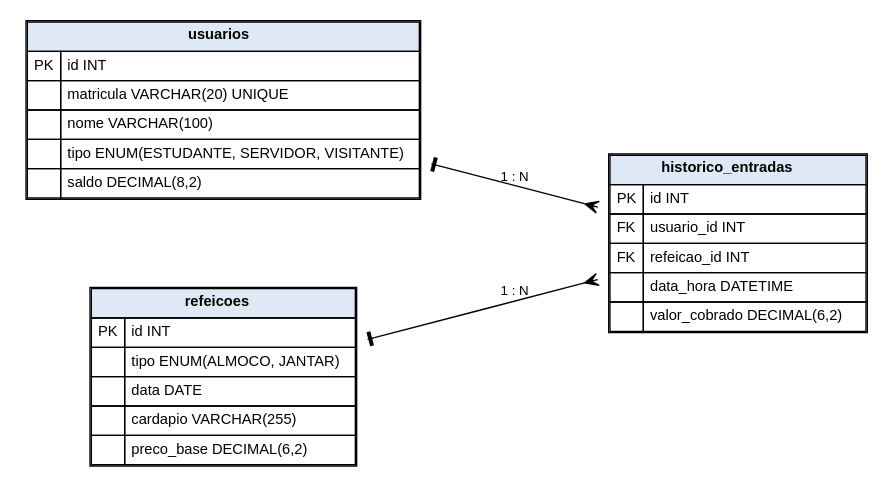
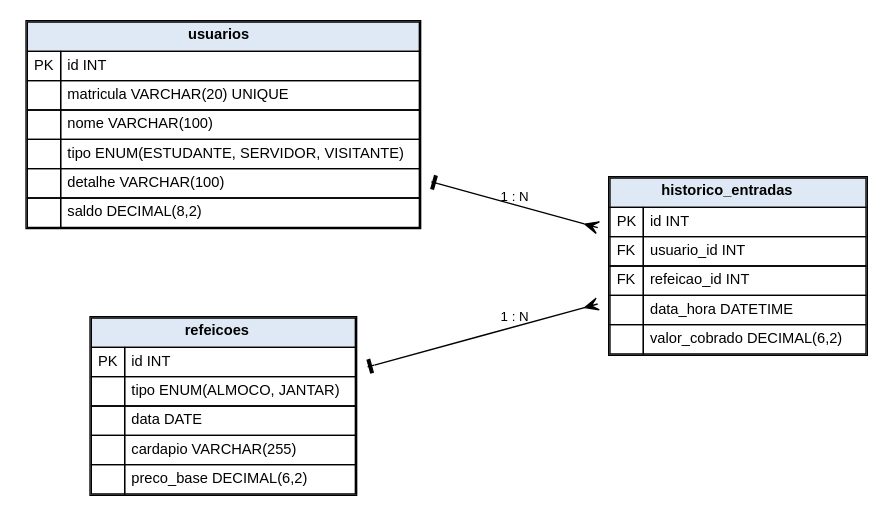
Before and after one commit to guihluc/FinalProjectLP: the diagram in docs/der.dot, drawn with Graphviz. The commit also changed 7 other files, not shown here.

```diff
--- a/docs/der.dot
+++ b/docs/der.dot
@@ -1,39 +1,40 @@
 digraph der {
   rankdir=LR;
   graph [fontname="Helvetica", nodesep=0.8, ranksep=1.4];
   node [shape=plaintext, fontname="Helvetica", fontsize=11];
   edge [fontname="Helvetica", fontsize=10, dir=both, arrowtail=tee, arrowhead=crow];
 
   usuarios [label=<
     <table border="1" cellborder="1" cellspacing="0" cellpadding="4">
       <tr><td colspan="2" bgcolor="#dfe9f5"><b>usuarios</b></td></tr>
       <tr><td align="left">PK</td><td align="left">id INT</td></tr>
       <tr><td></td><td align="left">matricula VARCHAR(20) UNIQUE</td></tr>
       <tr><td></td><td align="left">nome VARCHAR(100)</td></tr>
       <tr><td></td><td align="left">tipo ENUM(ESTUDANTE, SERVIDOR, VISITANTE)</td></tr>
+      <tr><td></td><td align="left">detalhe VARCHAR(100)</td></tr>
       <tr><td></td><td align="left">saldo DECIMAL(8,2)</td></tr>
     </table>>];
 
   refeicoes [label=<
     <table border="1" cellborder="1" cellspacing="0" cellpadding="4">
       <tr><td colspan="2" bgcolor="#dfe9f5"><b>refeicoes</b></td></tr>
       <tr><td align="left">PK</td><td align="left">id INT</td></tr>
       <tr><td></td><td align="left">tipo ENUM(ALMOCO, JANTAR)</td></tr>
       <tr><td></td><td align="left">data DATE</td></tr>
       <tr><td></td><td align="left">cardapio VARCHAR(255)</td></tr>
       <tr><td></td><td align="left">preco_base DECIMAL(6,2)</td></tr>
     </table>>];
 
   historico_entradas [label=<
     <table border="1" cellborder="1" cellspacing="0" cellpadding="4">
       <tr><td colspan="2" bgcolor="#dfe9f5"><b>historico_entradas</b></td></tr>
       <tr><td align="left">PK</td><td align="left">id INT</td></tr>
       <tr><td align="left">FK</td><td align="left">usuario_id INT</td></tr>
       <tr><td align="left">FK</td><td align="left">refeicao_id INT</td></tr>
       <tr><td></td><td align="left">data_hora DATETIME</td></tr>
       <tr><td></td><td align="left">valor_cobrado DECIMAL(6,2)</td></tr>
     </table>>];
 
   usuarios -> historico_entradas [label="1 : N"];
   refeicoes -> historico_entradas [label="1 : N"];
 }
```
